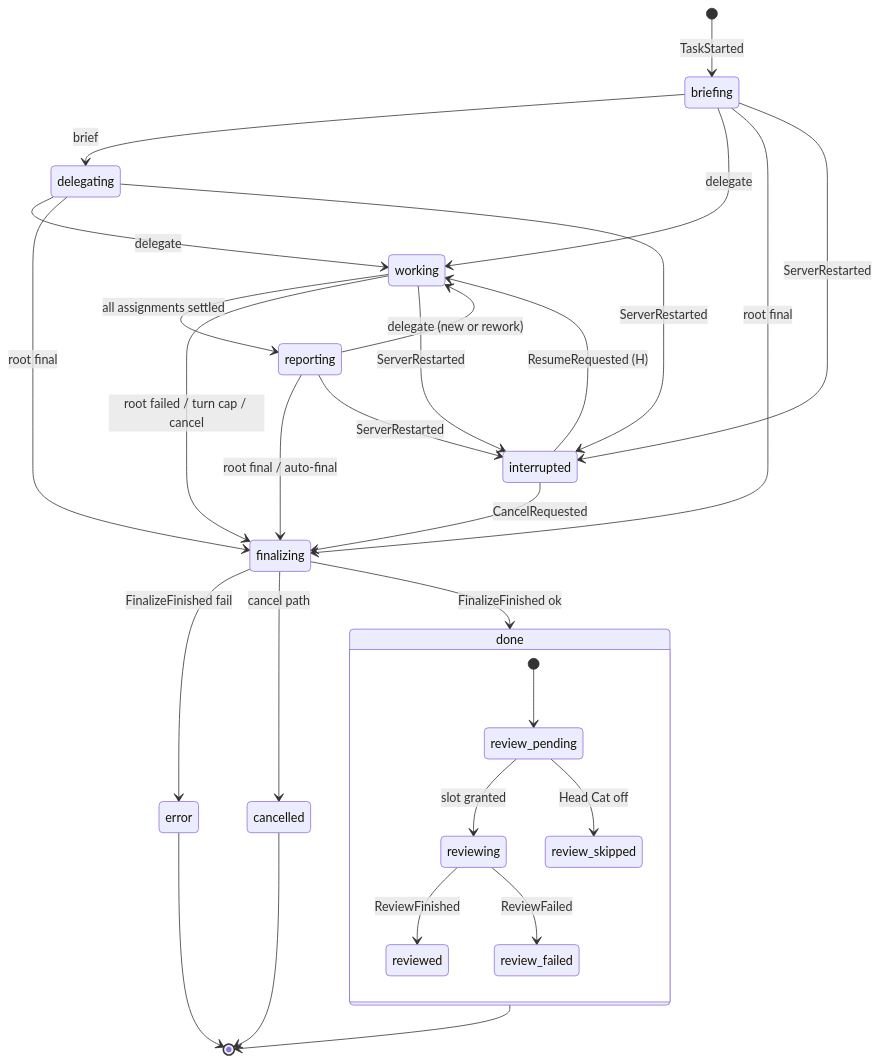
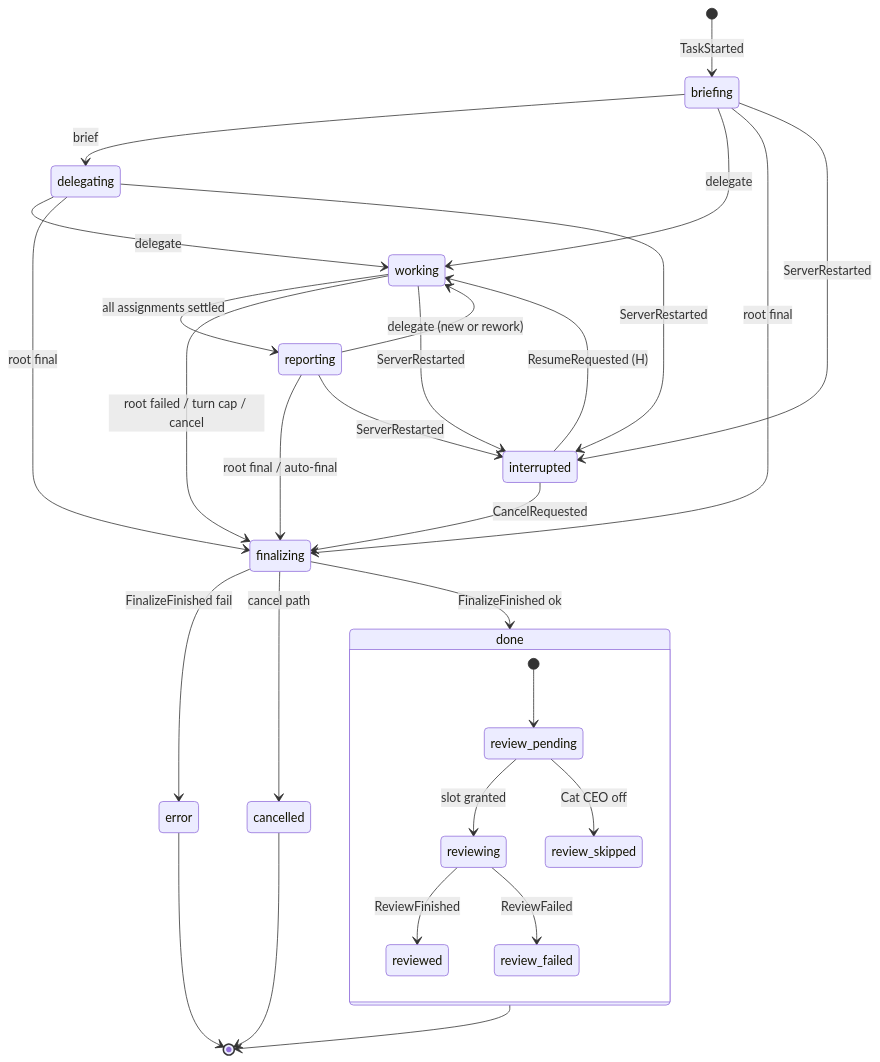
Before and after one commit to Poxagronka/catavasia: the first of 2 diagrams in docs/catavasia/task-state-machine.md, drawn with Mermaid. The commit also changed other lines of this file and 2 other files, not shown here.

Commit message:
docs(catavasia): rename Head Cat to Cat CEO

````diff
--- a/docs/catavasia/task-state-machine.md
+++ b/docs/catavasia/task-state-machine.md
@@ -68,32 +68,32 @@
 ```mermaid
 stateDiagram-v2
   [*] --> briefing: TaskStarted
   briefing --> delegating: brief
   briefing --> working: delegate
   delegating --> working: delegate
   working --> reporting: all assignments settled
   reporting --> working: delegate (new or rework)
   briefing --> finalizing: root final
   delegating --> finalizing: root final
   reporting --> finalizing: root final / auto-final
   working --> finalizing: root failed / turn cap / cancel
   finalizing --> done: FinalizeFinished ok
   finalizing --> error: FinalizeFinished fail
   finalizing --> cancelled: cancel path
   working --> interrupted: ServerRestarted
   briefing --> interrupted: ServerRestarted
   delegating --> interrupted: ServerRestarted
   reporting --> interrupted: ServerRestarted
   interrupted --> working: ResumeRequested (H)
   interrupted --> finalizing: CancelRequested
   state done {
     [*] --> review_pending
     review_pending --> reviewing: slot granted
-    review_pending --> review_skipped: Head Cat off
+    review_pending --> review_skipped: Cat CEO off
     reviewing --> reviewed: ReviewFinished
     reviewing --> review_failed: ReviewFailed
   }
   done --> [*]
   error --> [*]
   cancelled --> [*]
 ```
````
